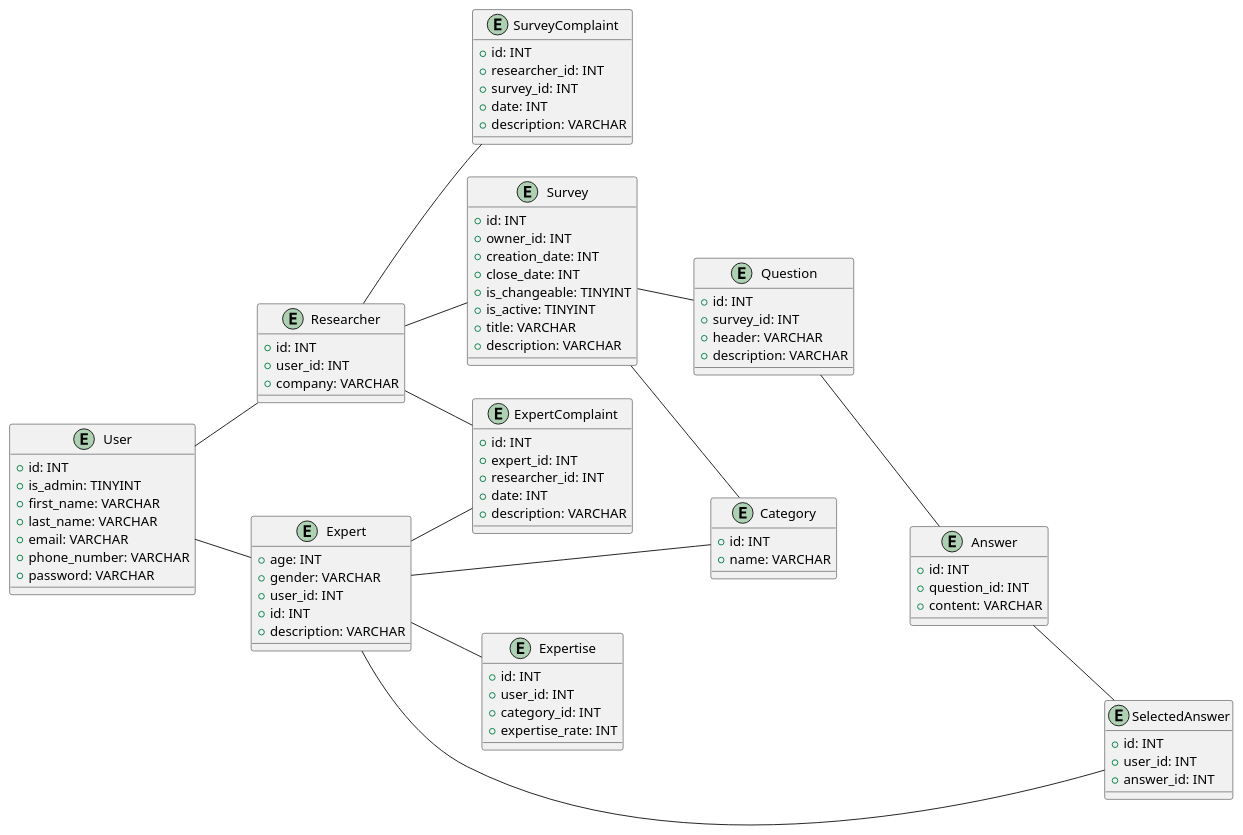
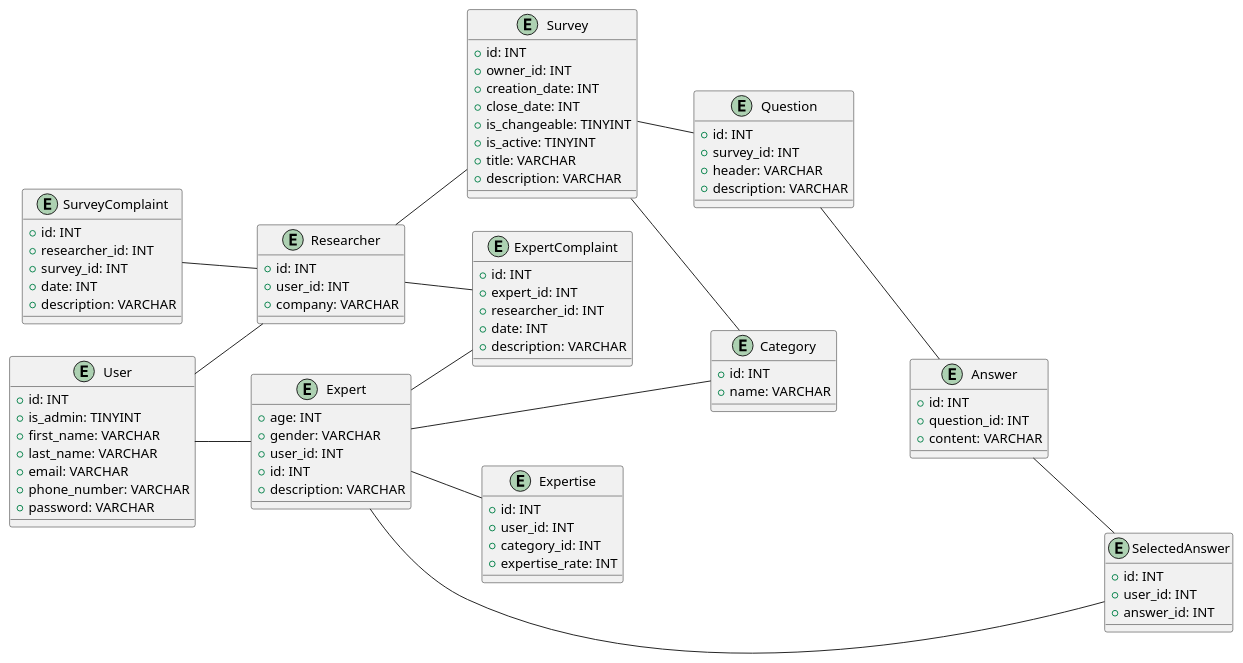
Before and after one commit to generalmaks/db_labs: the second of 2 diagrams in docs/design.md, drawn with PlantUML.

Commit message:
more compact ER-model

```diff
--- a/docs/design.md
+++ b/docs/design.md
@@ -259,7 +259,7 @@
   "User" -- "Researcher"
   "User" -- "Expert"
   
-  "Researcher" -- "SurveyComplaint" 
+  "Researcher" -u- "SurveyComplaint" 
   "Researcher" -- "ExpertComplaint"
   "Researcher" -- "Survey"
   
```
